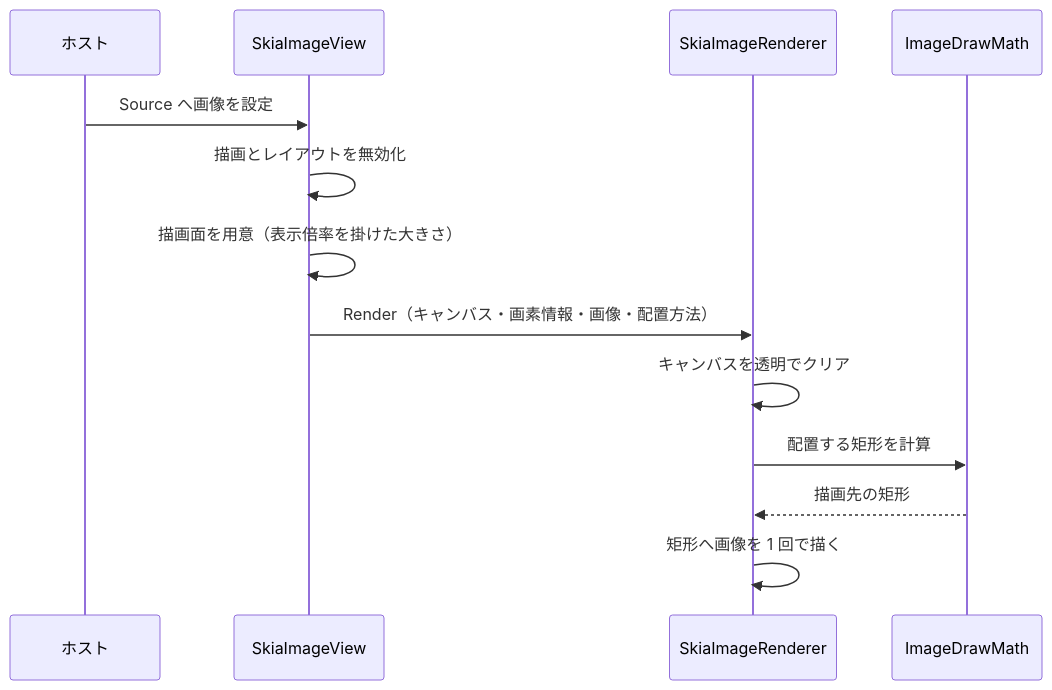
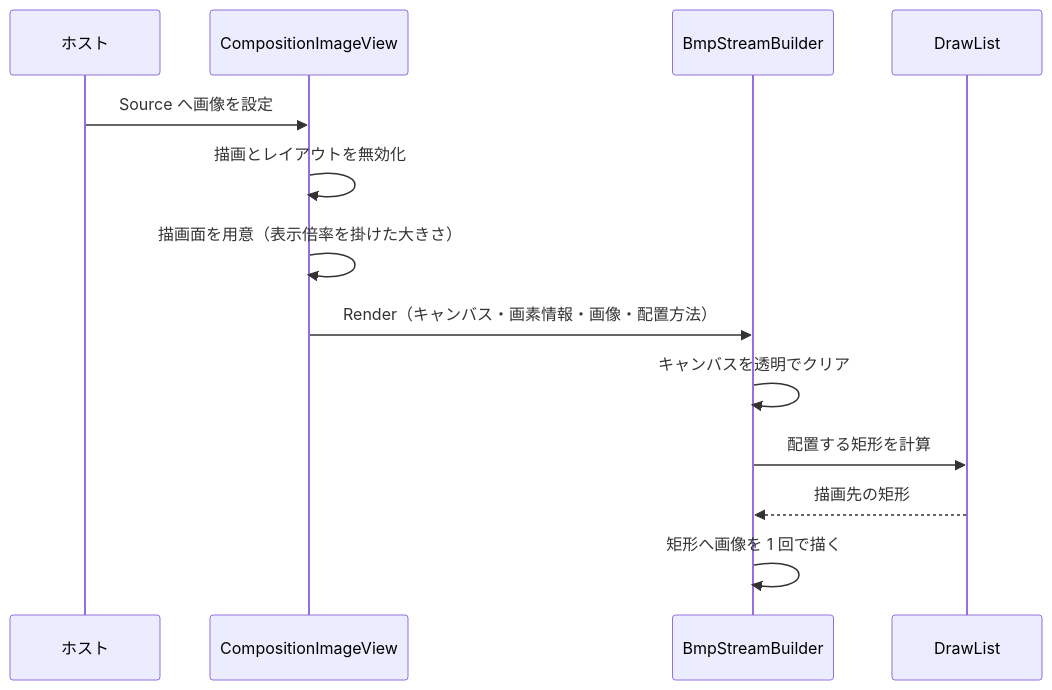
Before and after one commit to tomokuni/SaveEvidence: the fourth of 6 diagrams in src/Platform.WinUI3/docs/SPEC_System.md, drawn with Mermaid. The commit also changed other lines of this file and 96 other files, not shown here.

First line of the commit message:
WinUI 3 版から SkiaSharp を外し、描画を Composition と XAML の要素へ移す

````diff
--- a/src/Platform.WinUI3/docs/SPEC_System.md
+++ b/src/Platform.WinUI3/docs/SPEC_System.md
@@ -145,16 +144,16 @@
 ```mermaid
 sequenceDiagram
     participant H as ホスト
-    participant V as SkiaImageView
-    participant S as SkiaImageRenderer
-    participant M as ImageDrawMath
+    participant V as CompositionImageView
+    participant S as BmpStreamBuilder
+    participant M as DrawList
 
     H->>V: Source へ画像を設定
     V->>V: 描画とレイアウトを無効化
     V->>V: 描画面を用意（表示倍率を掛けた大きさ）
     V->>S: Render（キャンバス・画素情報・画像・配置方法）
     S->>S: キャンバスを透明でクリア
     S->>M: 配置する矩形を計算
     M-->>S: 描画先の矩形
     S->>S: 矩形へ画像を 1 回で描く
 ```
````
